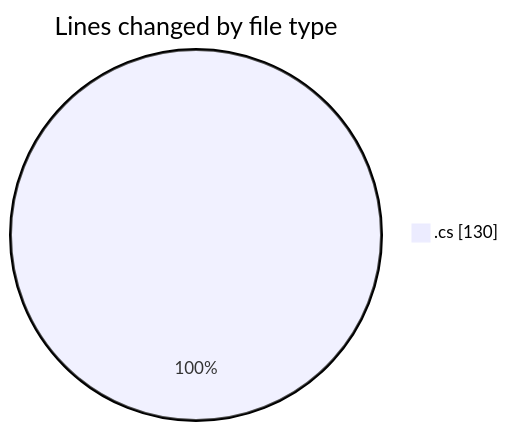
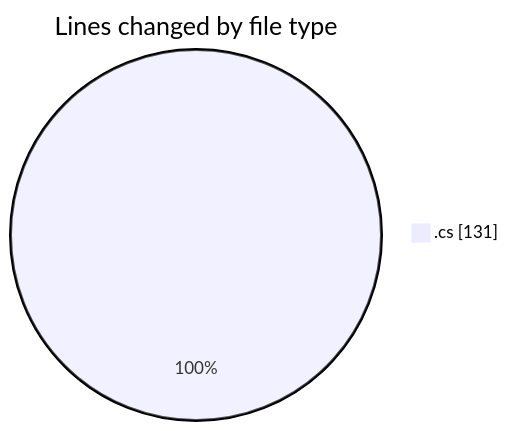
One commit to Netris89/code-tracking changed the first of 2 diagrams in 2025-03-21/back-end/README.md. Above: the diagram before and after it, drawn with Mermaid. The commit also changed other lines of this file and 1 other file, not shown here.

````diff
--- a/2025-03-21/back-end/README.md
+++ b/2025-03-21/back-end/README.md
@@ -20,5 +20,5 @@
 ```mermaid
 pie showData
 title Lines changed by file type
-".cs" : 130
+".cs" : 131
 ```
````
